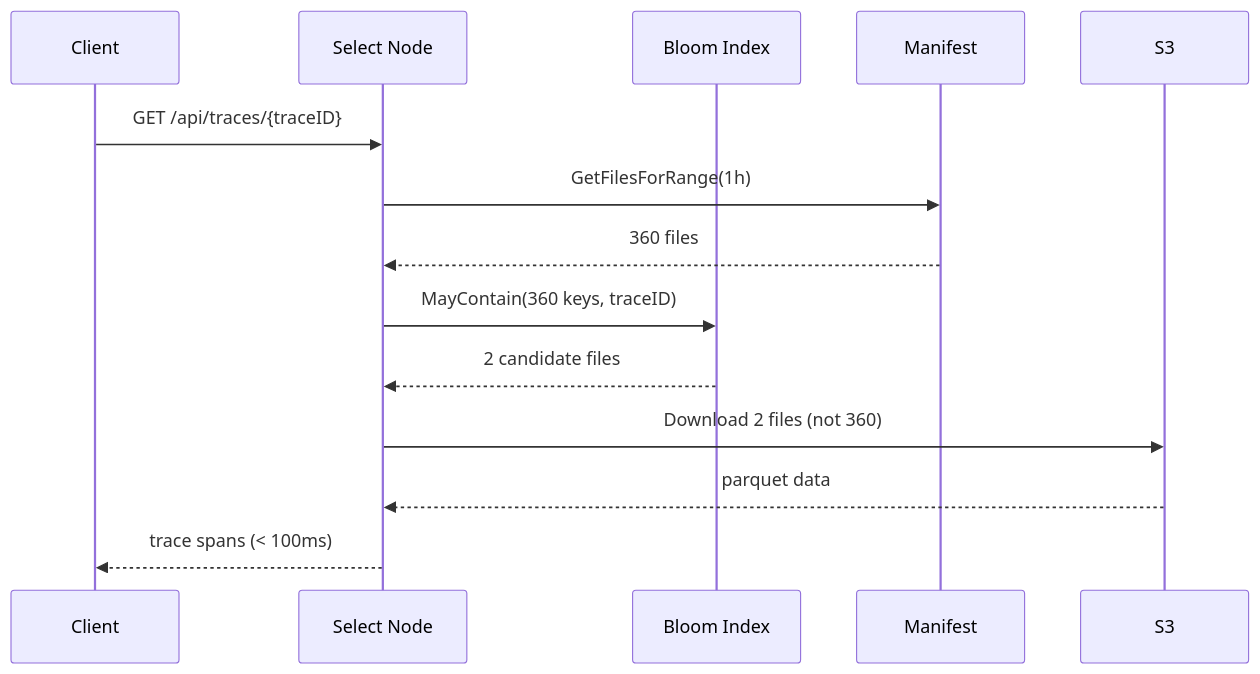
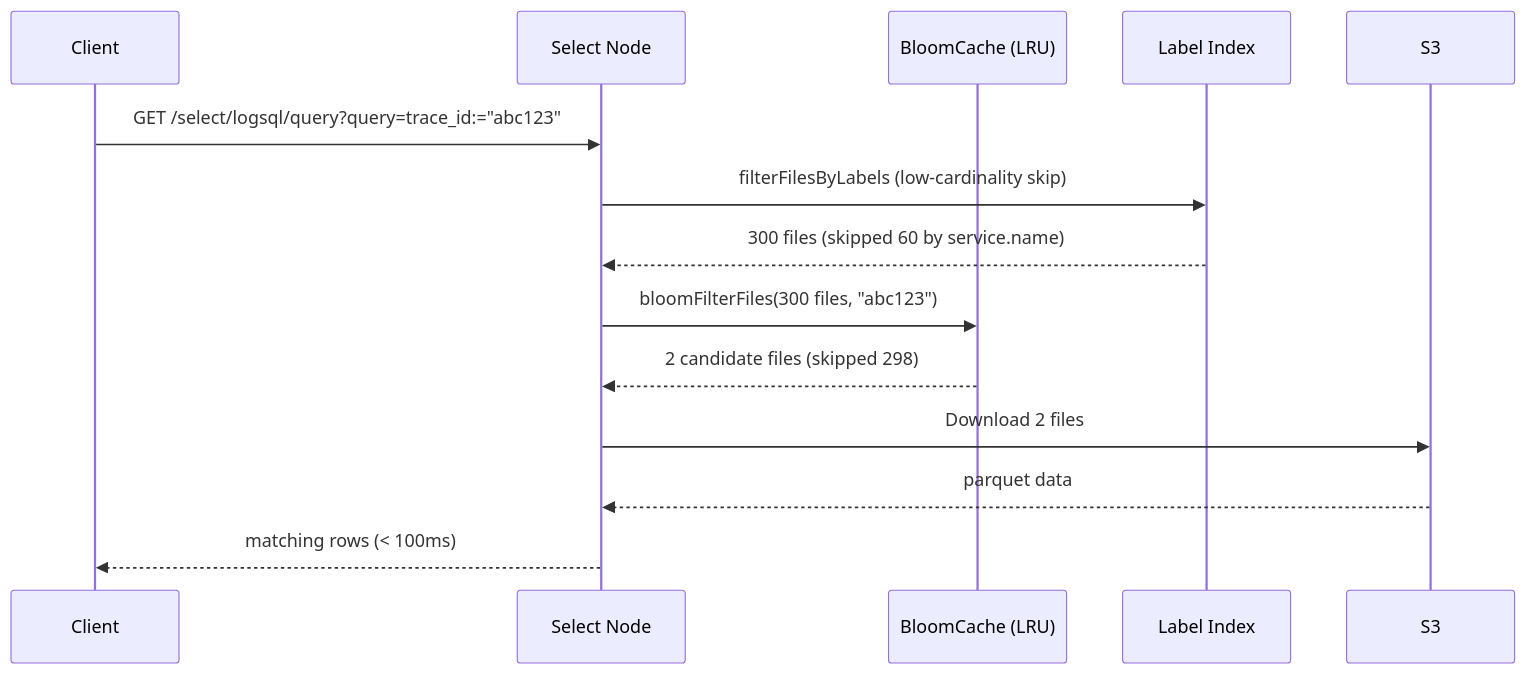
The second of 2 diagrams in docs/bloom-index.md (ReliablyObserve/victoria-lakehouse), drawn with Mermaid before and after one commit. The commit also changed other lines of this file and 10 other files, not shown here.

````diff
--- a/docs/bloom-index.md
+++ b/docs/bloom-index.md
@@ -42,17 +72,17 @@
 ```mermaid
 sequenceDiagram
     participant Client
     participant Select as Select Node
-    participant BloomIdx as Bloom Index
-    participant Manifest
+    participant Cache as BloomCache (LRU)
+    participant Labels as Label Index
     participant S3
 
-    Client->>Select: GET /api/traces/{traceID}
-    Select->>Manifest: GetFilesForRange(1h)
-    Manifest-->>Select: 360 files
-    Select->>BloomIdx: MayContain(360 keys, traceID)
-    BloomIdx-->>Select: 2 candidate files
-    Select->>S3: Download 2 files (not 360)
+    Client->>Select: GET /select/logsql/query?query=trace_id:="abc123"
+    Select->>Labels: filterFilesByLabels (low-cardinality skip)
+    Labels-->>Select: 300 files (skipped 60 by service.name)
+    Select->>Cache: bloomFilterFiles(300 files, "abc123")
+    Cache-->>Select: 2 candidate files (skipped 298)
+    Select->>S3: Download 2 files
     S3-->>Select: parquet data
-    Select-->>Client: trace spans (< 100ms)
+    Select-->>Client: matching rows (< 100ms)
 ```
````
